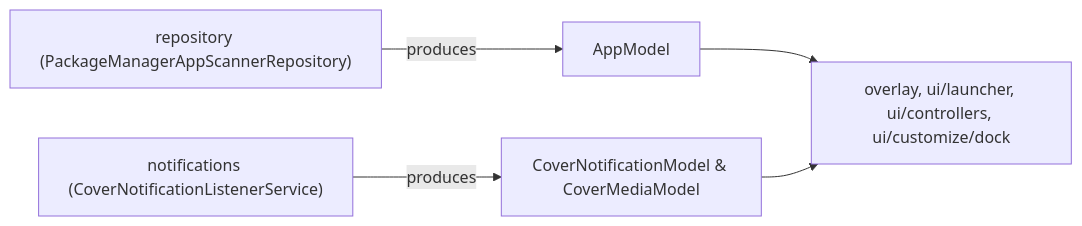
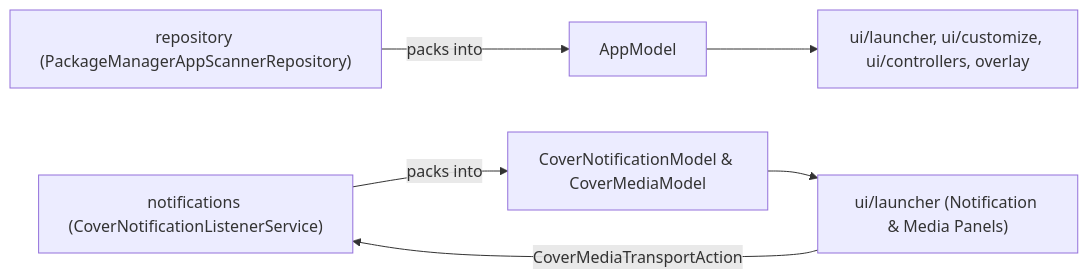
The diagram in app/src/main/java/com/tyejaedon/coverscreenos/models/README.md (tyejaedon/Cover-Screen-OS), drawn with Mermaid before and after one commit. The commit also changed other lines of this file and 157 other files, not shown here.

````diff
--- a/app/src/main/java/com/tyejaedon/coverscreenos/models/README.md
+++ b/app/src/main/java/com/tyejaedon/coverscreenos/models/README.md
@@ -14,7 +70,8 @@
 ```mermaid
 flowchart LR
-    Repo["repository (PackageManagerAppScannerRepository)"] -->|"produces"| AppModel["AppModel"]
-    NotifSvc["notifications (CoverNotificationListenerService)"] -->|"produces"| NotifModel["CoverNotificationModel & CoverMediaModel"]
-    AppModel --> Consumers["overlay, ui/launcher, ui/controllers, ui/customize/dock"]
-    NotifModel --> Consumers
+    Repo["repository (PackageManagerAppScannerRepository)"] -->|"packs into"| App["AppModel"]
+    NotifSvc["notifications (CoverNotificationListenerService)"] -->|"packs into"| Notif["CoverNotificationModel & CoverMediaModel"]
+    App --> Consumers["ui/launcher, ui/customize, ui/controllers, overlay"]
+    Notif --> MediaUI["ui/launcher (Notification & Media Panels)"]
+    MediaUI -->|"CoverMediaTransportAction"| NotifSvc
 ```
````
